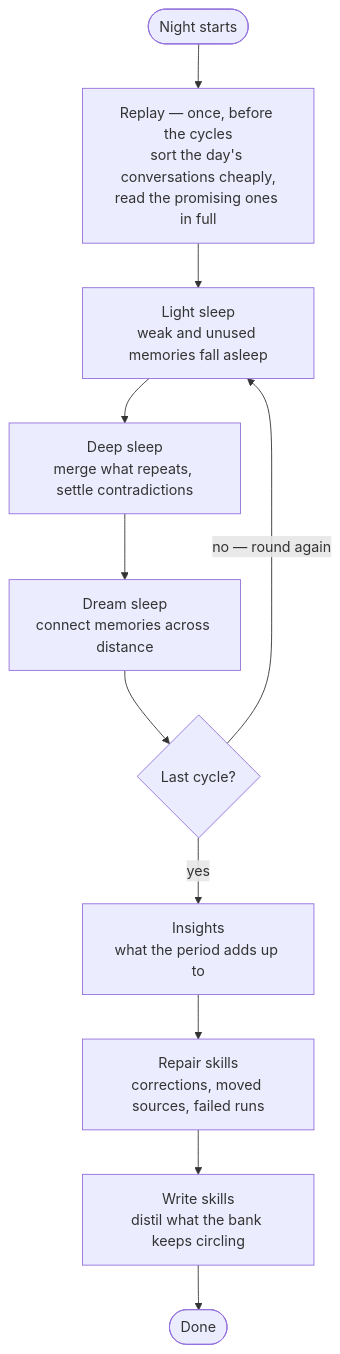
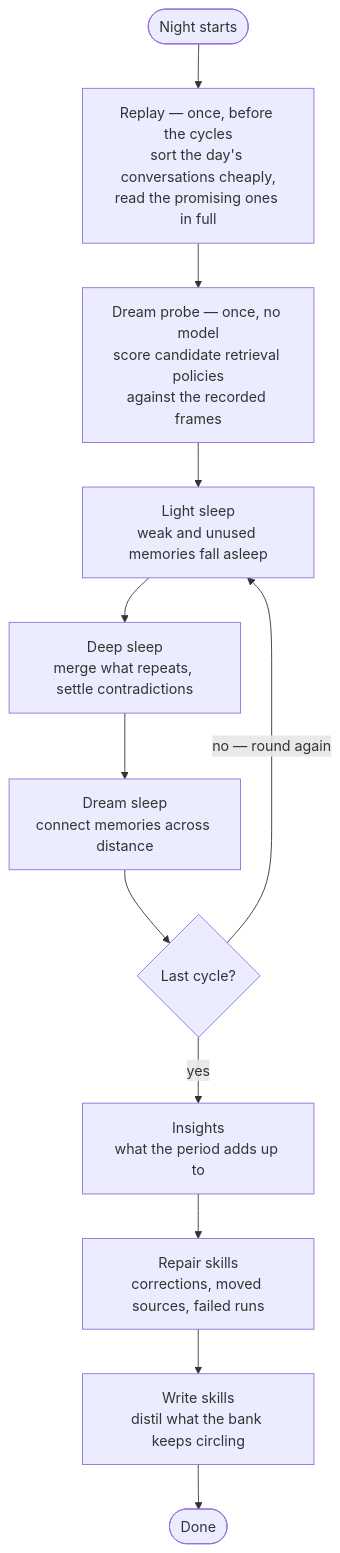
One commit to jonax1337/rookery-agent changed the second of 2 diagrams in README.md. Above: the diagram before and after it, drawn with Mermaid. The commit also changed other lines of this file, not shown here.

First line of the commit message:
docs(readme): the night measures its retrieval before it files anything

````diff
--- a/README.md
+++ b/README.md
@@ -254,13 +254,14 @@
 ```mermaid
 flowchart TD
   A(["Night starts"]) --> B["Replay — once, before the cycles<br/>sort the day's conversations cheaply,<br/>read the promising ones in full"]
-  B --> C["Light sleep<br/>weak and unused memories fall asleep"]
+  B --> B2["Dream probe — once, no model<br/>score candidate retrieval policies<br/>against the recorded frames"]
+  B2 --> C["Light sleep<br/>weak and unused memories fall asleep"]
   C --> D["Deep sleep<br/>merge what repeats, settle contradictions"]
   D --> E["Dream sleep<br/>connect memories across distance"]
   E --> F{"Last cycle?"}
   F -->|"no — round again"| C
   F -->|yes| G["Insights<br/>what the period adds up to"]
   G --> H["Repair skills<br/>corrections, moved sources, failed runs"]
   H --> I["Write skills<br/>distil what the bank keeps circling"]
   I --> J(["Done"])
 ```
````
